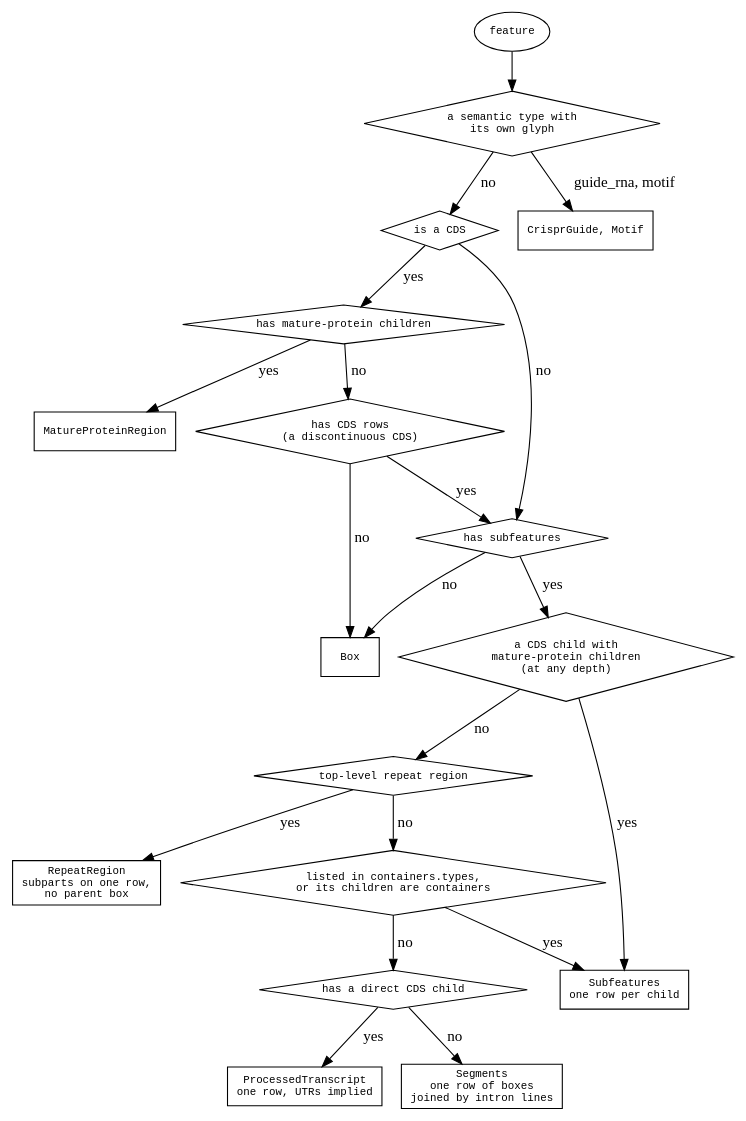
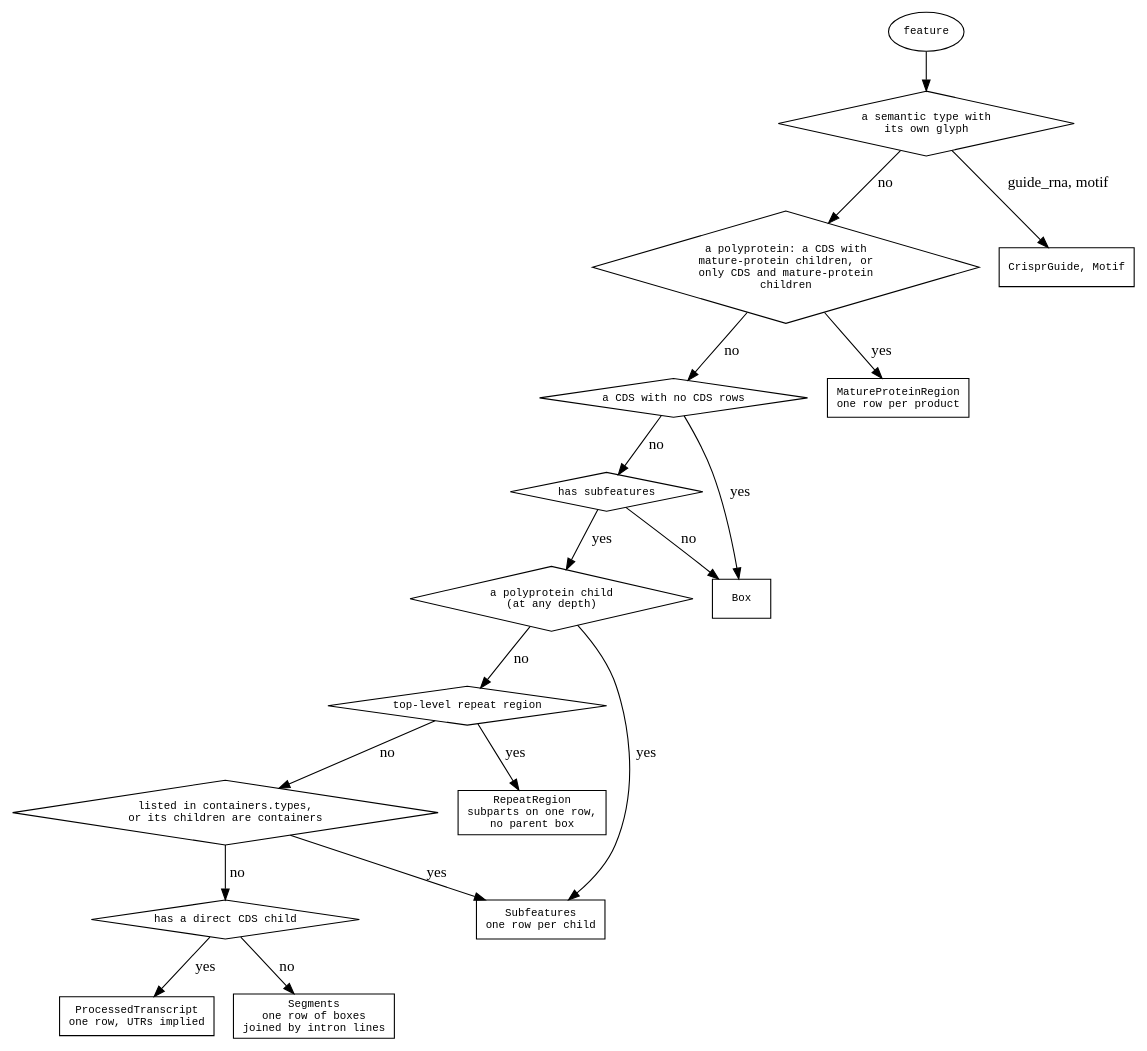
Before and after one commit to GMOD/jbrowse-components: the diagram in agent-docs/reference/diagrams/feature-glyph.dot, drawn with Graphviz. The commit also changed 13 other files, not shown here.

First line of the commit message:
A polyprotein draws the coding bases no product covers, and a gene holding its CDS beside its products is one

```diff
--- a/agent-docs/reference/diagrams/feature-glyph.dot
+++ b/agent-docs/reference/diagrams/feature-glyph.dot
@@ -1,48 +1,45 @@
 digraph feature_glyph {
   rankdir=TB
   node [shape=box fontname=monospace fontsize=10]
-  { node [shape=diamond] semantic; cds; mature; cdsrows; kids; cleaved; repeat; container; coding }
+  { node [shape=diamond] semantic; poly; cdsrows; kids; cleaved; repeat; container; coding }
 
   f [label="feature", shape=oval]
   f -> semantic
   semantic [label="a semantic type with\nits own glyph"]
   semantic -> typed [label=" guide_rna, motif"]
-  semantic -> cds   [label=" no"]
+  semantic -> poly  [label=" no"]
   typed [label="CrisprGuide, Motif"]
 
-  cds [label="is a CDS"]
-  cds -> mature [label=" yes"]
-  cds -> kids   [label=" no"]
-  mature [label="has mature-protein children"]
-  mature -> matureglyph [label=" yes"]
-  mature -> cdsrows     [label=" no"]
-  cdsrows [label="has CDS rows\n(a discontinuous CDS)"]
-  cdsrows -> box  [label=" no"]
-  cdsrows -> kids [label=" yes"]
-  matureglyph [label="MatureProteinRegion"]
+  poly [label="a polyprotein: a CDS with\nmature-protein children, or\nonly CDS and mature-protein\nchildren"]
+  poly -> matureglyph [label=" yes"]
+  poly -> cdsrows     [label=" no"]
+  cdsrows [label="a CDS with no CDS rows"]
+  cdsrows -> box  [label=" yes"]
+  cdsrows -> kids [label=" no"]
+  matureglyph [label="MatureProteinRegion\none row per product"]
 
   kids [label="has subfeatures"]
   kids -> box     [label=" no"]
   kids -> cleaved [label=" yes"]
   box [label="Box"]
 
-  cleaved [label="a CDS child with\nmature-protein children\n(at any depth)"]
+  cleaved [label="a polyprotein child\n(at any depth)"]
   cleaved -> stack  [label=" yes"]
   cleaved -> repeat [label=" no"]
   stack [label="Subfeatures\none row per child"]
 
   repeat [label="top-level repeat region"]
   repeat -> repeatglyph [label=" yes"]
   repeat -> container   [label=" no"]
   repeatglyph [label="RepeatRegion\nsubparts on one row,\nno parent box"]
 
   container [label="listed in containers.types,\nor its children are containers"]
   container -> stack  [label=" yes"]
   container -> coding [label=" no"]
 
   coding [label="has a direct CDS child"]
   coding -> processed [label=" yes"]
   coding -> segments  [label=" no"]
   processed [label="ProcessedTranscript\none row, UTRs implied"]
   segments  [label="Segments\none row of boxes\njoined by intron lines"]
 }
```
